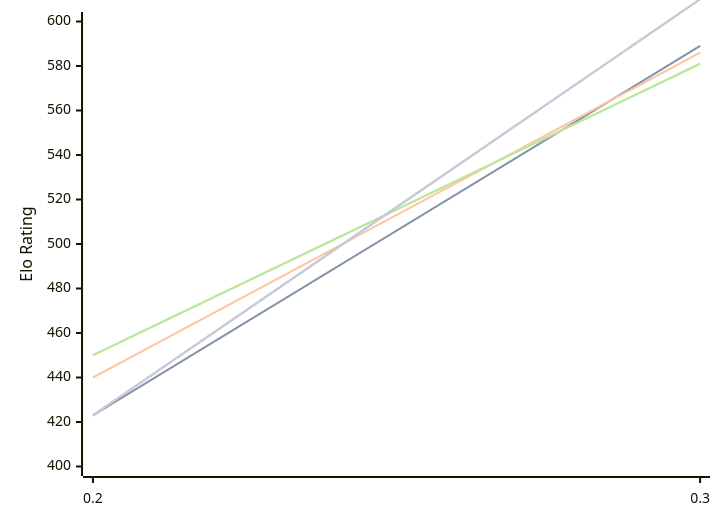
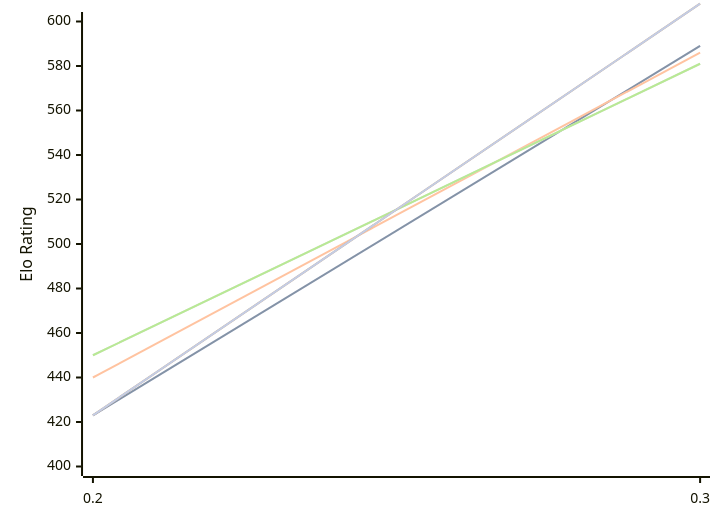
The diagram in engines/Magpie.md (computer-chess-index/cci), drawn with Mermaid before and after one commit. The commit also changed other lines of this file, not shown here.

````diff
--- a/engines/Magpie.md
+++ b/engines/Magpie.md
@@ -48,13 +48,13 @@
 ```mermaid
 %%{init: {"theme":"base","themeVariables":{"seriesColors:['#a3a3a3','#222221','#faa371']}}}%%
 xychart-beta
   x-axis ["0.2", "0.3"]
   y-axis "Elo Rating" 400 --> 600
   line "" [423, 589]
   line "T1: STC (8.0+0.08s)" [423, 589]
   line "T1: LTC (60.0+0.60s)" [440, 586]
   line "" [450, 581]
   line "T1: VLTC (2m24s+1.12s)" [450, 581]
-  line "" [423,610]
-  line "E1: STC (8.0+0.08s)" [423,610]
+  line "" [423,608]
+  line "E1: STC (8.0+0.08s)" [423,608]
 ```
````
